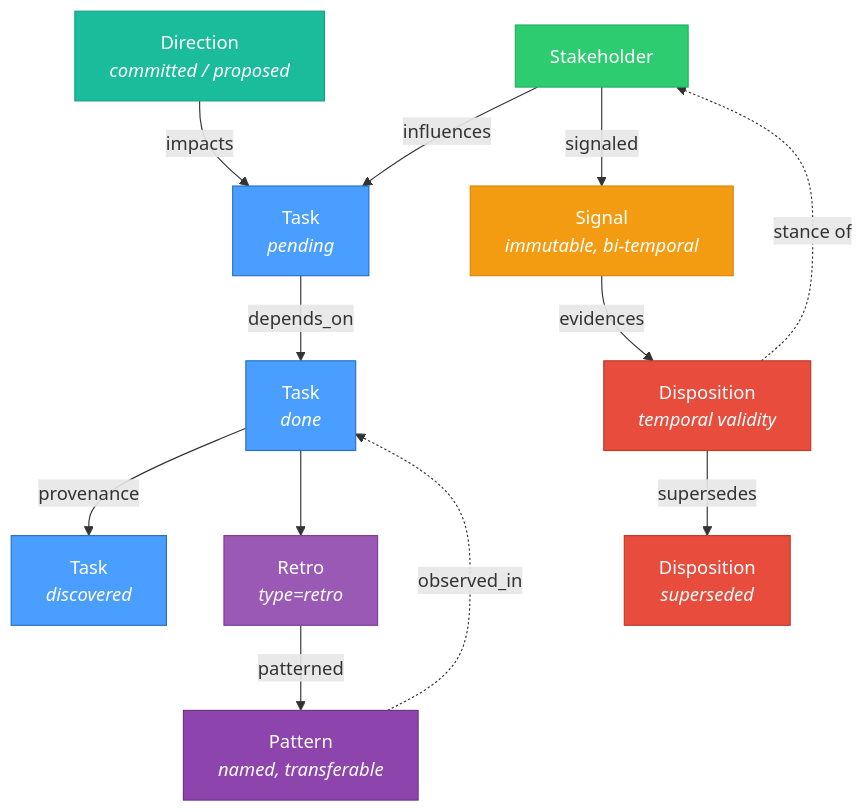
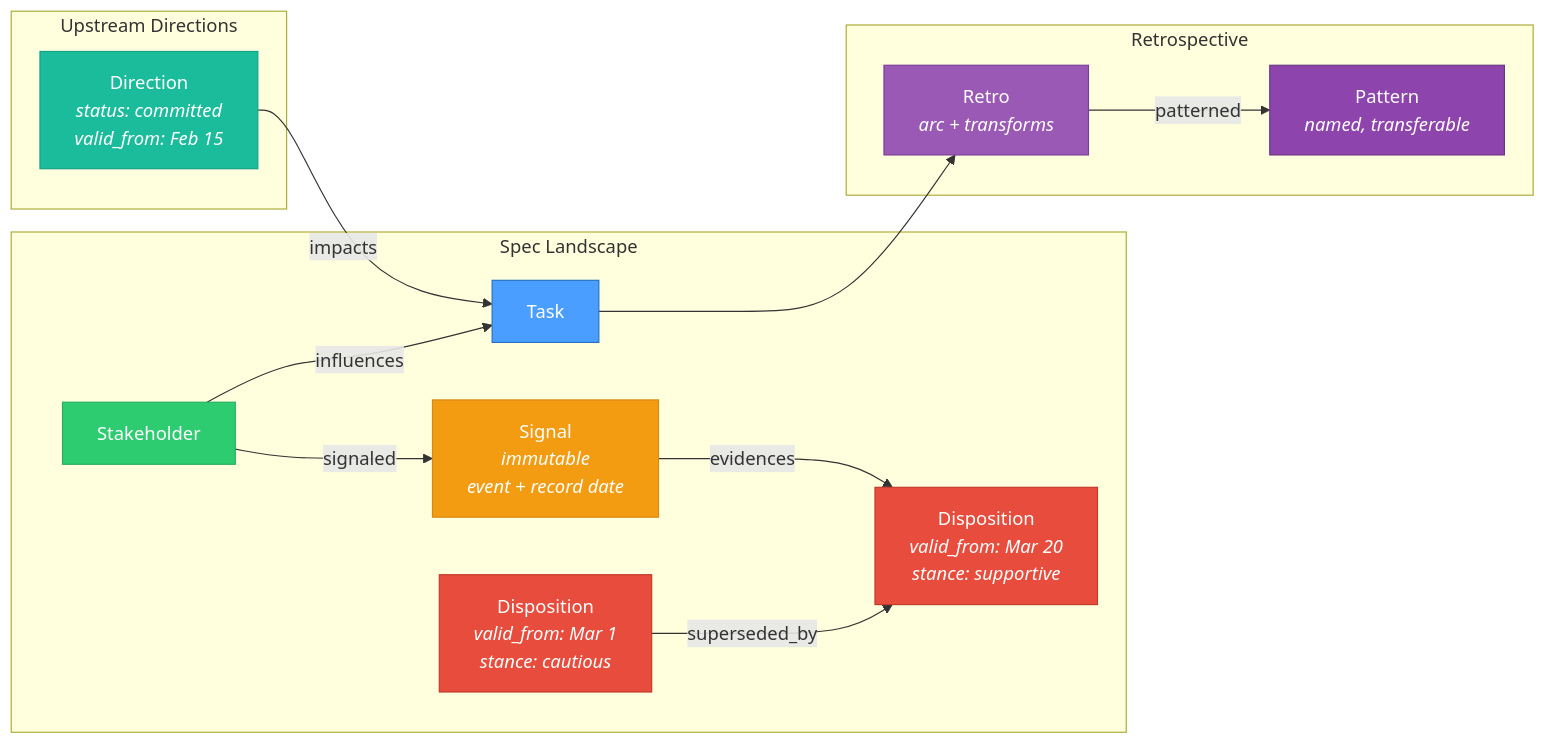
Before and after one commit to nomograph-ai/synthesist: the second of 3 diagrams in README.md, drawn with Mermaid. The commit also changed other lines of this file, not shown here.

Commit message:
docs: full data model in Mermaid -- structure, intelligence, temporal

````diff
--- a/README.md
+++ b/README.md
@@ -61,38 +114,45 @@
 ```mermaid
-graph TD
-    %% Task DAG layer
-    T1[Task<br/><i>pending</i>] -->|depends_on| T2[Task<br/><i>done</i>]
-    T2 -->|provenance| T3[Task<br/><i>discovered</i>]
-    T2 --> R[Retro<br/><i>type=retro</i>]
+graph LR
+    subgraph "Spec Landscape"
+        TK[Task]
+        SH[Stakeholder]
+        SIG[Signal<br/><i>immutable</i><br/><i>event + record date</i>]
+        D1[Disposition<br/><i>valid_from: Mar 1</i><br/><i>stance: cautious</i>]
+        D2[Disposition<br/><i>valid_from: Mar 20</i><br/><i>stance: supportive</i>]
+    end
 
-    %% Stakeholder intelligence layer
-    SH[Stakeholder] -->|influences| T1
-    SH -->|signaled| SIG[Signal<br/><i>immutable, bi-temporal</i>]
-    SIG -->|evidences| D[Disposition<br/><i>temporal validity</i>]
-    D -->|supersedes| D2[Disposition<br/><i>superseded</i>]
-    D -.->|stance of| SH
+    SH -->|influences| TK
+    SH -->|signaled| SIG
+    SIG -->|evidences| D2
+    D1 -->|superseded_by| D2
 
-    %% Upstream direction layer
-    DIR[Direction<br/><i>committed / proposed</i>] -->|impacts| T1
+    subgraph "Upstream Directions"
+        DIR[Direction<br/><i>status: committed</i><br/><i>valid_from: Feb 15</i>]
+    end
 
-    %% Retrospective + pattern layer
-    R -->|patterned| P[Pattern<br/><i>named, transferable</i>]
-    P -.->|observed_in| T2
+    DIR -->|impacts| TK
 
-    %% Styling
+    subgraph "Retrospective"
+        R[Retro<br/><i>arc + transforms</i>]
+        P[Pattern<br/><i>named, transferable</i>]
+    end
+
+    TK --> R
+    R -->|patterned| P
+
     classDef task fill:#4a9eff,stroke:#2670c2,color:#fff
-    classDef retro fill:#9b59b6,stroke:#7d3c98,color:#fff
     classDef stakeholder fill:#2ecc71,stroke:#27ae60,color:#fff
     classDef signal fill:#f39c12,stroke:#d68910,color:#fff
     classDef disposition fill:#e74c3c,stroke:#c0392b,color:#fff
     classDef direction fill:#1abc9c,stroke:#16a085,color:#fff
+    classDef retro fill:#9b59b6,stroke:#7d3c98,color:#fff
     classDef pattern fill:#8e44ad,stroke:#6c3483,color:#fff
 
-    class T1,T2,T3 task
-    class R retro
+    class TK task
     class SH stakeholder
     class SIG signal
-    class D,D2 disposition
+    class D1,D2 disposition
     class DIR direction
+    class R retro
     class P pattern
 ```
````
